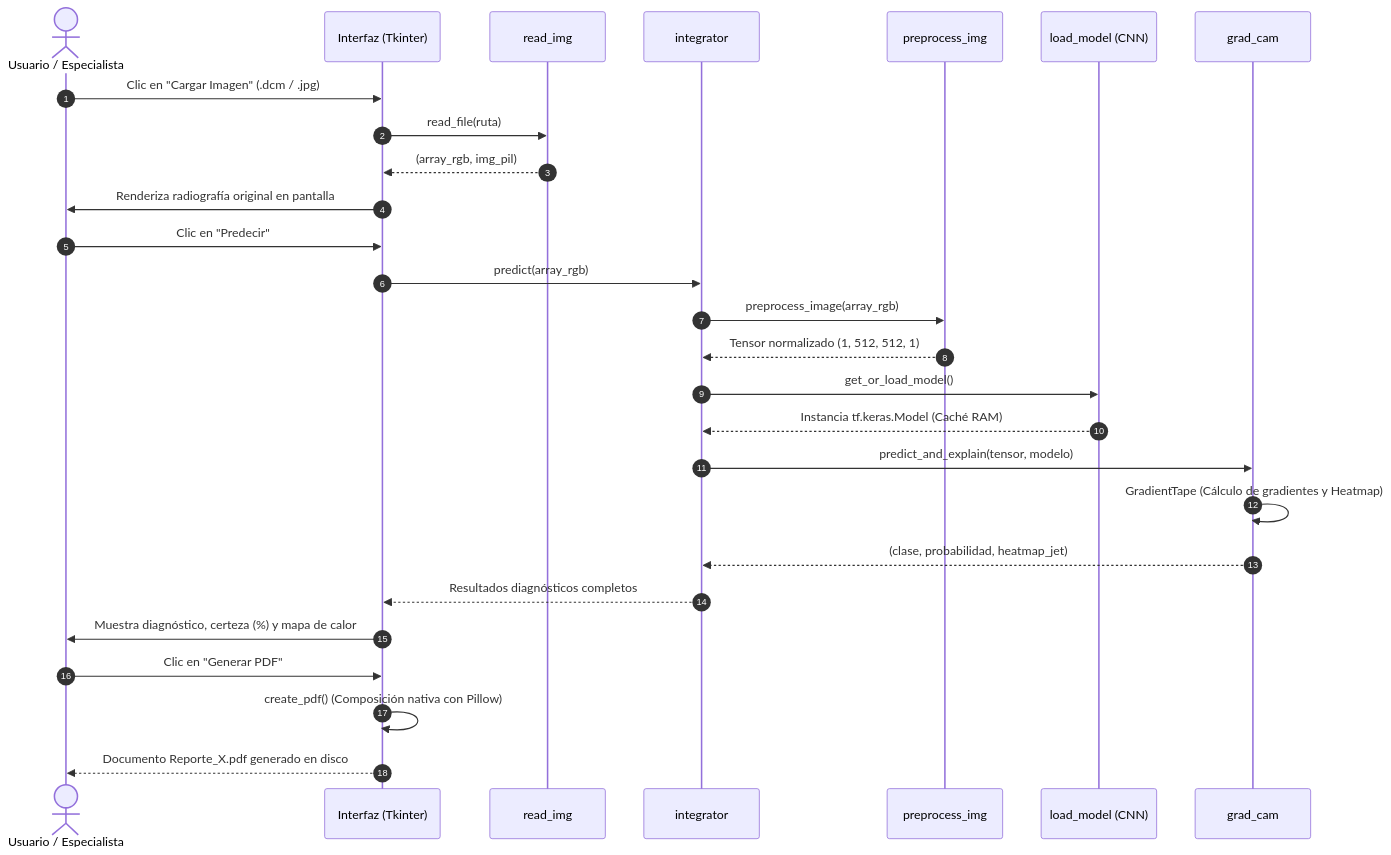
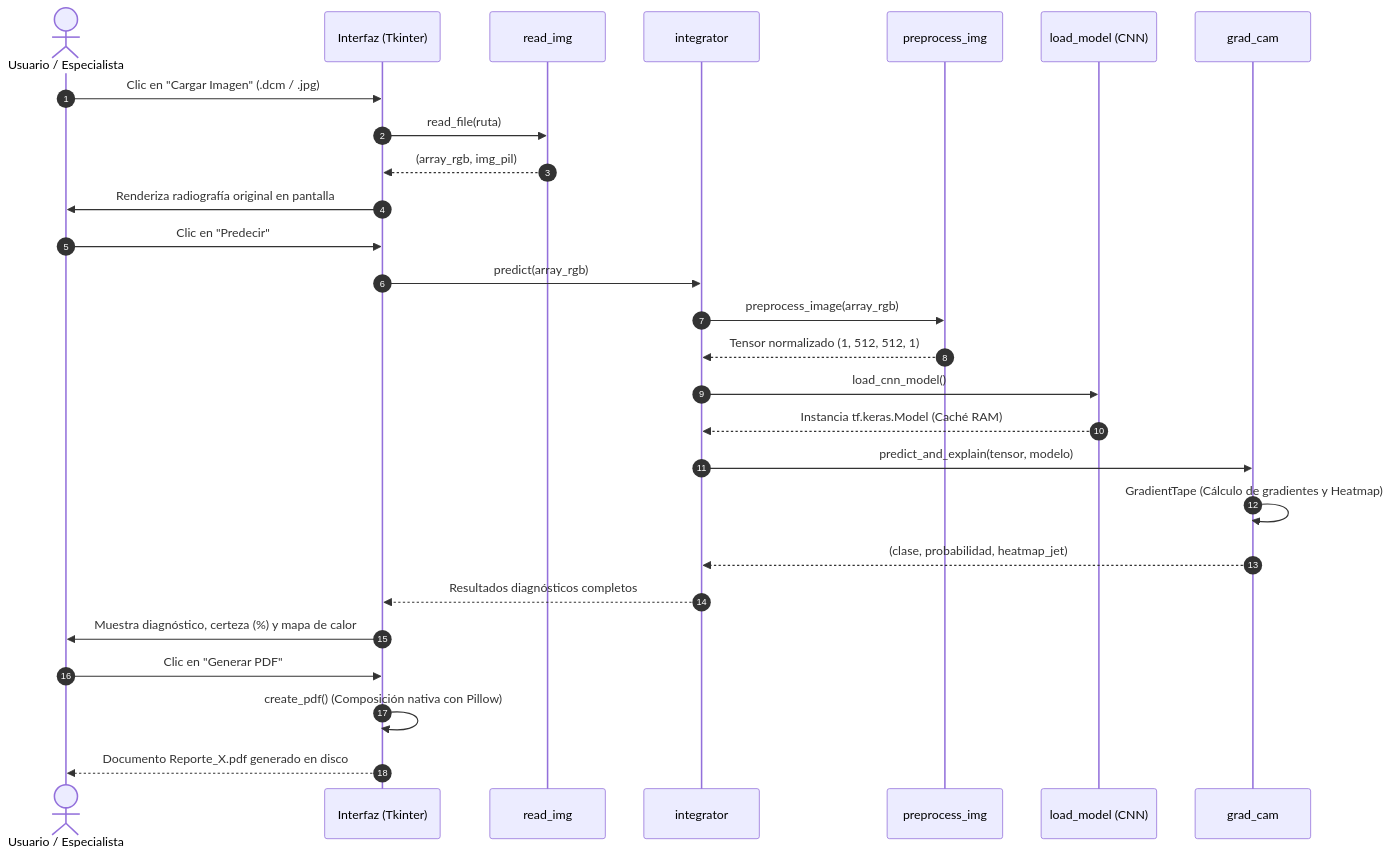
One commit to marlonvalenciamentor-eng/UAO-Neumonia changed the second of 2 diagrams in README.md. Above: the diagram before and after it, drawn with Mermaid. The commit also changed other lines of this file and 3 other files, not shown here.

Commit message:
docs: Agrega diagrama de arquitectura interactivo (Archify) y limpieza de UI

````diff
--- a/README.md
+++ b/README.md
@@ -117,30 +120,30 @@
 ```mermaid
 sequenceDiagram
     autonumber
     actor Medico as Usuario / Especialista
     participant UI as Interfaz (Tkinter)
     participant Lector as read_img
     participant Orquestador as integrator
     participant Preproc as preprocess_img
     participant Modelo as load_model (CNN)
     participant GradCAM as grad_cam
 
     Medico->>UI: Clic en "Cargar Imagen" (.dcm / .jpg)
     UI->>Lector: read_file(ruta)
     Lector-->>UI: (array_rgb, img_pil)
     UI->>Medico: Renderiza radiografía original en pantalla
     Medico->>UI: Clic en "Predecir"
     UI->>Orquestador: predict(array_rgb)
     Orquestador->>Preproc: preprocess_image(array_rgb)
     Preproc-->>Orquestador: Tensor normalizado (1, 512, 512, 1)
-    Orquestador->>Modelo: get_or_load_model()
+    Orquestador->>Modelo: load_cnn_model()
     Modelo-->>Orquestador: Instancia tf.keras.Model (Caché RAM)
     Orquestador->>GradCAM: predict_and_explain(tensor, modelo)
     GradCAM->>GradCAM: GradientTape (Cálculo de gradientes y Heatmap)
     GradCAM-->>Orquestador: (clase, probabilidad, heatmap_jet)
     Orquestador-->>UI: Resultados diagnósticos completos
     UI->>Medico: Muestra diagnóstico, certeza (%) y mapa de calor
     Medico->>UI: Clic en "Generar PDF"
     UI->>UI: create_pdf() (Composición nativa con Pillow)
     UI-->>Medico: Documento Reporte_X.pdf generado en disco
 ```
````
